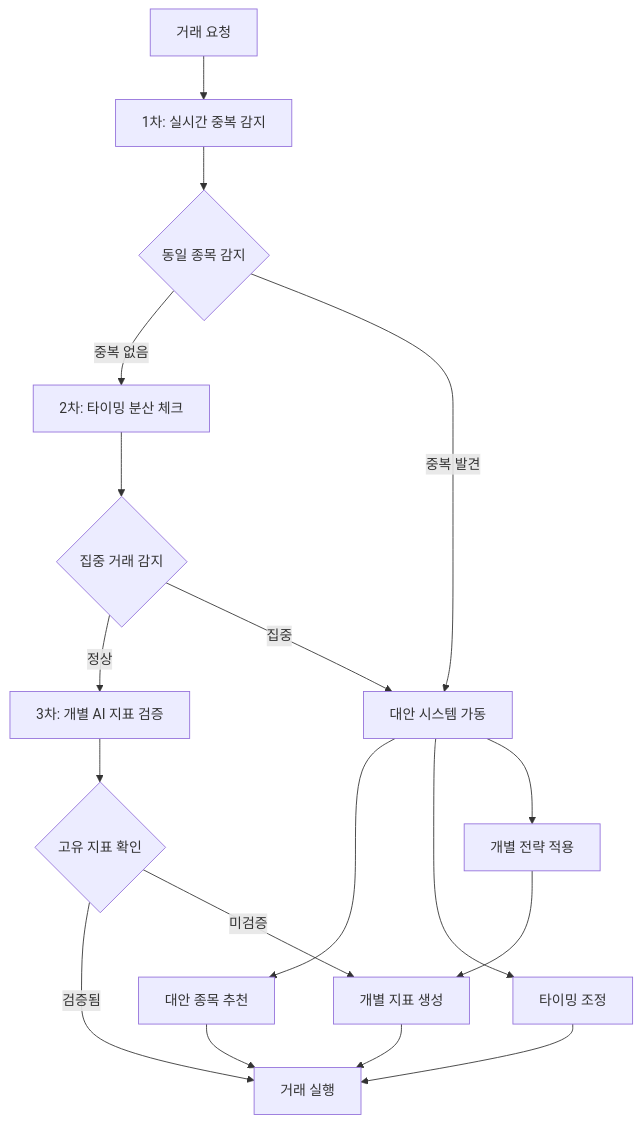
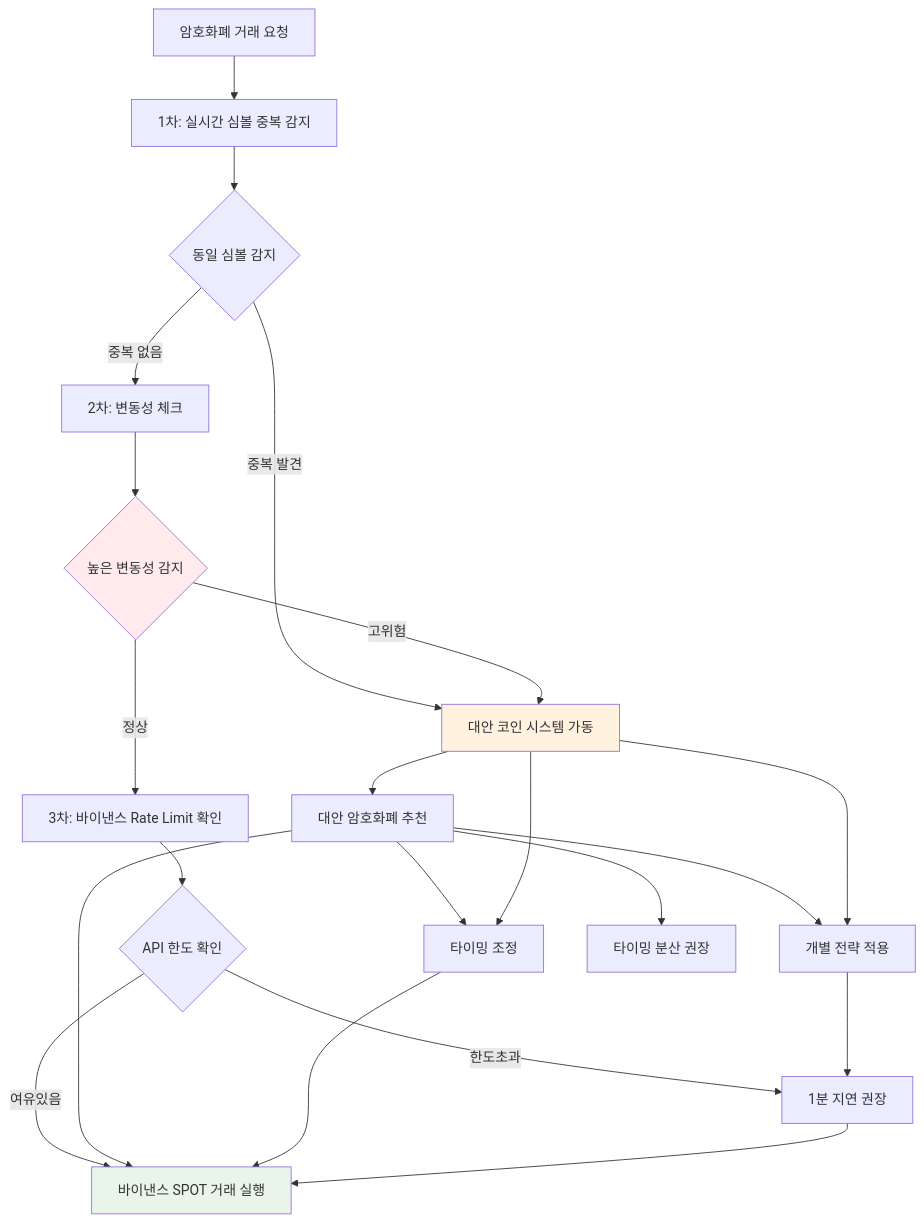
The diagram in docs/specifications/RISK_MANAGEMENT_SPEC.md (bzjay53/christmas), drawn with Mermaid before and after one commit. The commit also changed other lines of this file and 6 other files, not shown here.

````diff
--- a/docs/specifications/RISK_MANAGEMENT_SPEC.md
+++ b/docs/specifications/RISK_MANAGEMENT_SPEC.md
@@ -35,24 +40,31 @@
 ```mermaid
 graph TB
-    A[거래 요청] --> B[1차: 실시간 중복 감지]
-    B --> C{동일 종목 감지}
-    C -->|중복 없음| D[2차: 타이밍 분산 체크]
-    C -->|중복 발견| E[대안 시스템 가동]
+    A[암호화폐 거래 요청] --> B[1차: 실시간 심볼 중복 감지]
+    B --> C{동일 심볼 감지}
+    C -->|중복 없음| D[2차: 변동성 체크]
+    C -->|중복 발견| E[대안 코인 시스템 가동]
     
-    D --> F{집중 거래 감지}
-    F -->|정상| G[3차: 개별 AI 지표 검증]
-    F -->|집중| E
+    D --> F{높은 변동성 감지}
+    F -->|정상| G[3차: 바이낸스 Rate Limit 확인]
+    F -->|고위험| E
     
-    G --> H{고유 지표 확인}
-    H -->|검증됨| I[거래 실행]
-    H -->|미검증| J[개별 지표 생성]
+    G --> H{API 한도 확인}
+    H -->|여유있음| I[바이낸스 SPOT 거래 실행]
+    H -->|한도초과| J[1분 지연 권장]
     
-    E --> K[대안 종목 추천]
+    E --> K[대안 암호화폐 추천]
+    K --> L[BTC→ETH 변경]
+    K --> M[다른 거래 쌍 제안]
+    K --> N[타이밍 분산 권장]
+    
+    style I fill:#e8f5e8
+    style E fill:#fff3e0
+    style F fill:#ffebee
     E --> L[타이밍 조정]
     E --> M[개별 전략 적용]
     
     K --> I
     L --> I
     M --> J
     J --> I
 ```
````
